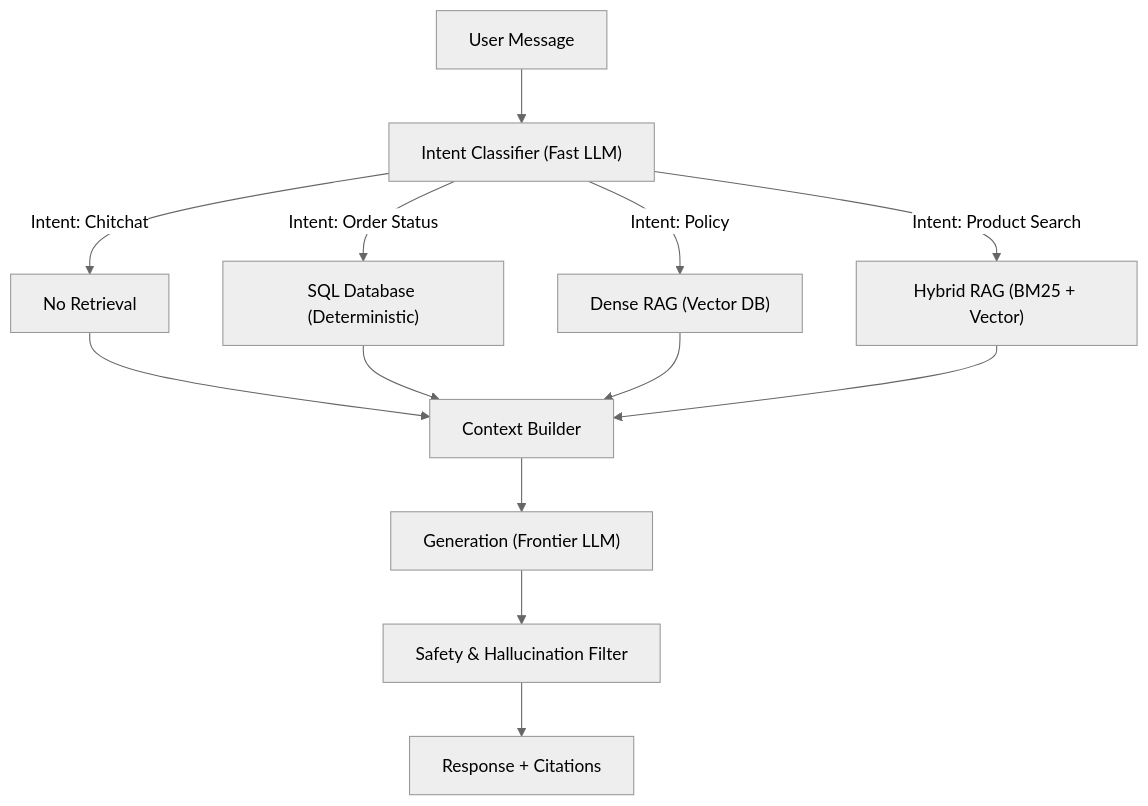
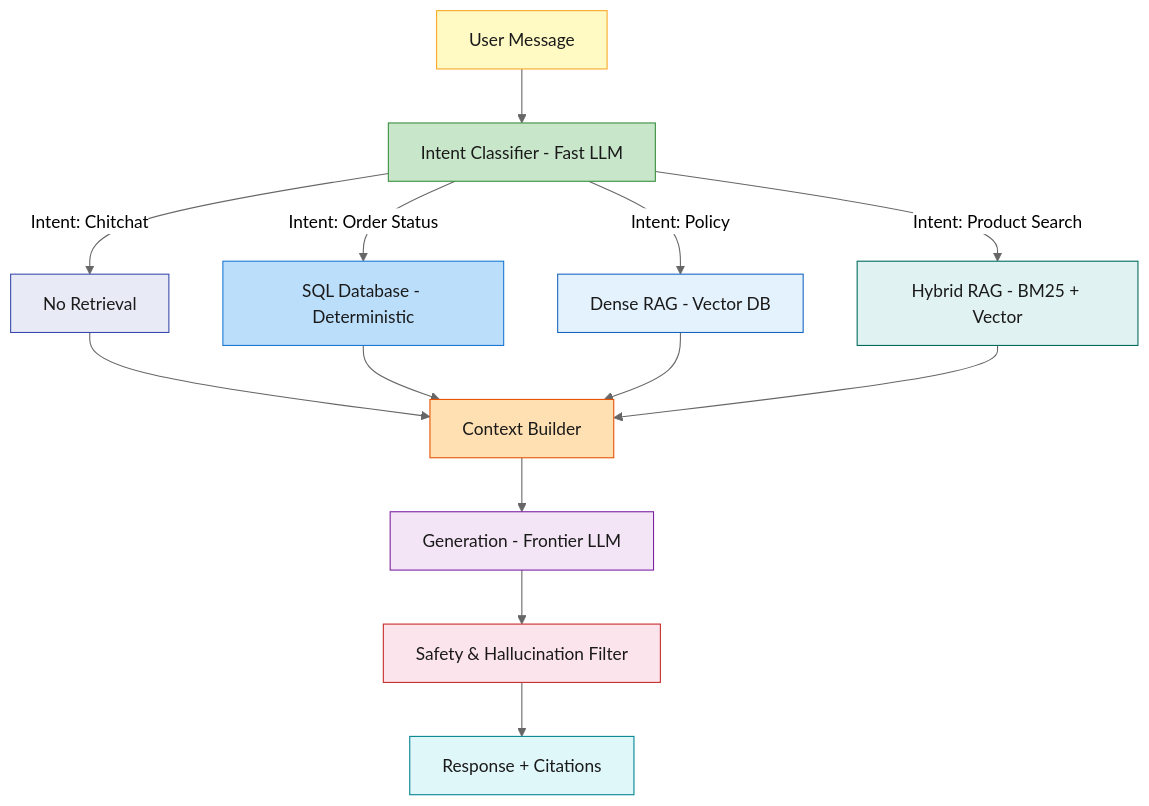
Before and after one commit to GyanendraChaubey/AI-Engineering-Notes: the diagram in docs/16-case-studies/README.md, drawn with Mermaid (neutral theme). The commit also changed 15 other files, not shown here.

Commit message:
style: apply light color palette to remaining Mermaid diagrams (docs 15 & 16)

````diff
--- a/docs/16-case-studies/README.md
+++ b/docs/16-case-studies/README.md
@@ -22,18 +22,37 @@
 ```mermaid
 flowchart TD
-    A["User Message"] --> B["Intent Classifier (Fast LLM)"]
-    
-    B -->|"Intent: Chitchat"| C["No Retrieval"]
-    B -->|"Intent: Order Status"| D["SQL Database (Deterministic)"]
-    B -->|"Intent: Policy"| E["Dense RAG (Vector DB)"]
-    B -->|"Intent: Product Search"| F["Hybrid RAG (BM25 + Vector)"]
-    
-    C --> G["Context Builder"]
+    A["User Message"]
+    B["Intent Classifier - Fast LLM"]
+    C["No Retrieval"]
+    D["SQL Database - Deterministic"]
+    E["Dense RAG - Vector DB"]
+    F["Hybrid RAG - BM25 + Vector"]
+    G["Context Builder"]
+    H["Generation - Frontier LLM"]
+    I["Safety & Hallucination Filter"]
+    J["Response + Citations"]
+
+    A --> B
+    B -->|"Intent: Chitchat"| C
+    B -->|"Intent: Order Status"| D
+    B -->|"Intent: Policy"| E
+    B -->|"Intent: Product Search"| F
+    C --> G
     D --> G
     E --> G
     F --> G
-    
-    G --> H["Generation (Frontier LLM)"]
-    H --> I["Safety & Hallucination Filter"]
-    I --> J["Response + Citations"]
+    G --> H
+    H --> I
+    I --> J
+
+    style A fill:#FFF9C4,stroke:#F9A825,color:#1a1a1a
+    style B fill:#C8E6C9,stroke:#388E3C,color:#1a1a1a
+    style C fill:#E8EAF6,stroke:#3949AB,color:#1a1a1a
+    style D fill:#BBDEFB,stroke:#1976D2,color:#1a1a1a
+    style E fill:#E3F2FD,stroke:#1565C0,color:#1a1a1a
+    style F fill:#E0F2F1,stroke:#00695C,color:#1a1a1a
+    style G fill:#FFE0B2,stroke:#E65100,color:#1a1a1a
+    style H fill:#F3E5F5,stroke:#7B1FA2,color:#1a1a1a
+    style I fill:#FCE4EC,stroke:#C62828,color:#1a1a1a
+    style J fill:#E0F7FA,stroke:#00838F,color:#1a1a1a
 ```
````
